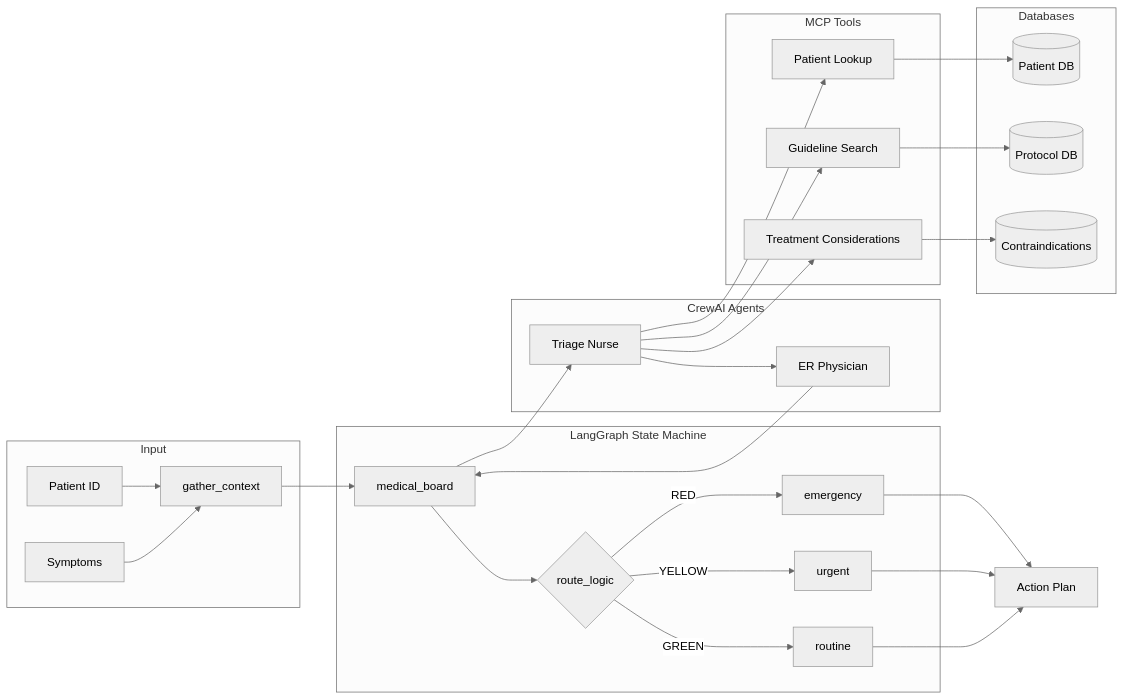
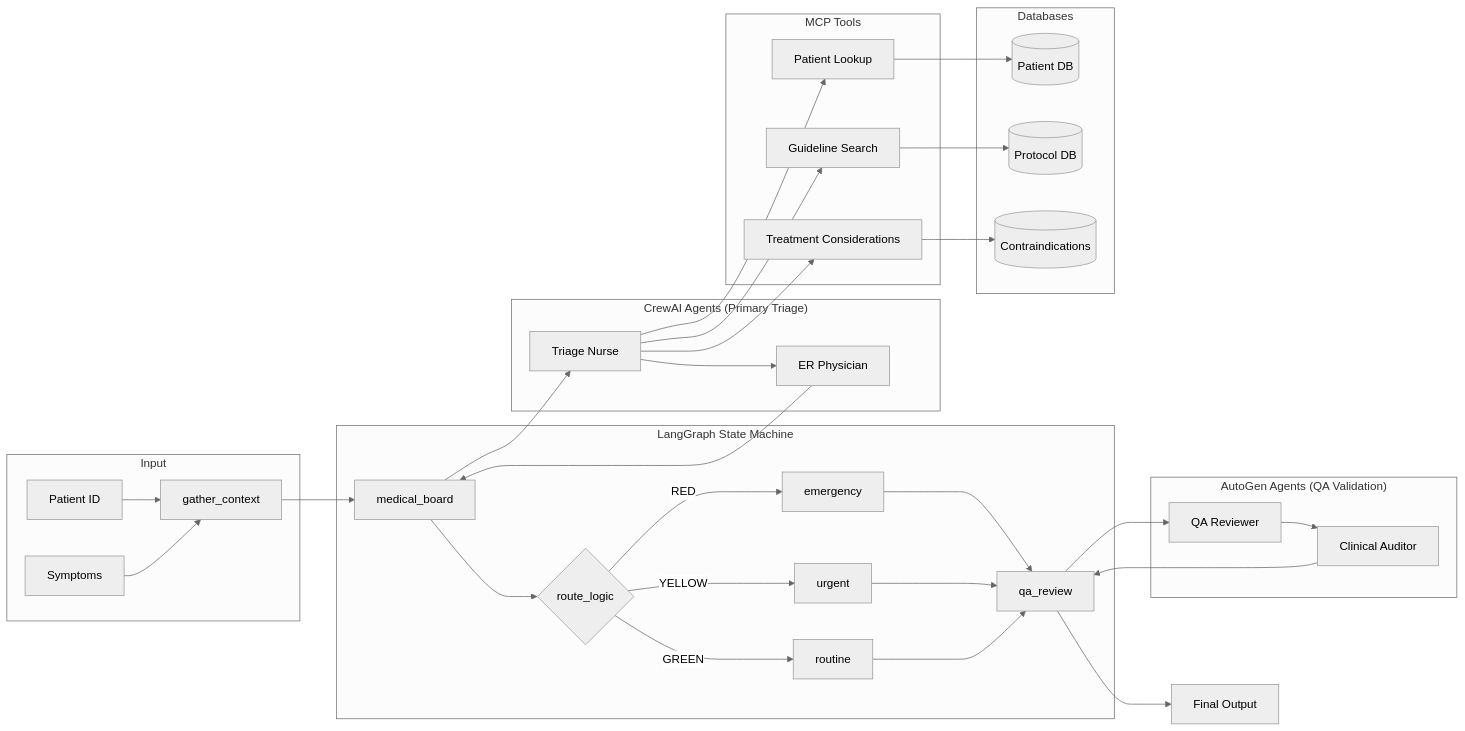
One commit to PeakWhale/trident changed the diagram in README.md. Above: the diagram before and after it, drawn with Mermaid (neutral theme). The commit also changed other lines of this file and 7 other files, not shown here.

First line of the commit message:
Add Microsoft AutoGen QA validation layer

````diff
--- a/README.md
+++ b/README.md
@@ -46,37 +48,44 @@
 ```mermaid
 flowchart LR
     subgraph Input
         A[Patient ID] --> C
         B[Symptoms] --> C
     end
 
     subgraph LangGraph["LangGraph State Machine"]
         C[gather_context] --> D[medical_board]
         D --> E{route_logic}
         E -->|RED| F[emergency]
         E -->|YELLOW| G[urgent]
         E -->|GREEN| H[routine]
+        F --> R[qa_review]
+        G --> R
+        H --> R
     end
 
-    subgraph CrewAI["CrewAI Agents"]
+    subgraph CrewAI["CrewAI Agents (Primary Triage)"]
         D --> I[Triage Nurse]
         I --> J[ER Physician]
         J --> D
+    end
+
+    subgraph AutoGen["AutoGen Agents (QA Validation)"]
+        R --> S[QA Reviewer]
+        S --> T[Clinical Auditor]
+        T --> R
     end
 
     subgraph MCP["MCP Tools"]
         I --> K[Patient Lookup]
         I --> L[Guideline Search]
         I --> M[Treatment Considerations]
     end
 
     subgraph Data["Databases"]
         K --> N[(Patient DB)]
         L --> O[(Protocol DB)]
         M --> P[(Contraindications)]
     end
 
-    F --> Q[Action Plan]
-    G --> Q
-    H --> Q
+    R --> Q[Final Output]
 ```
````
